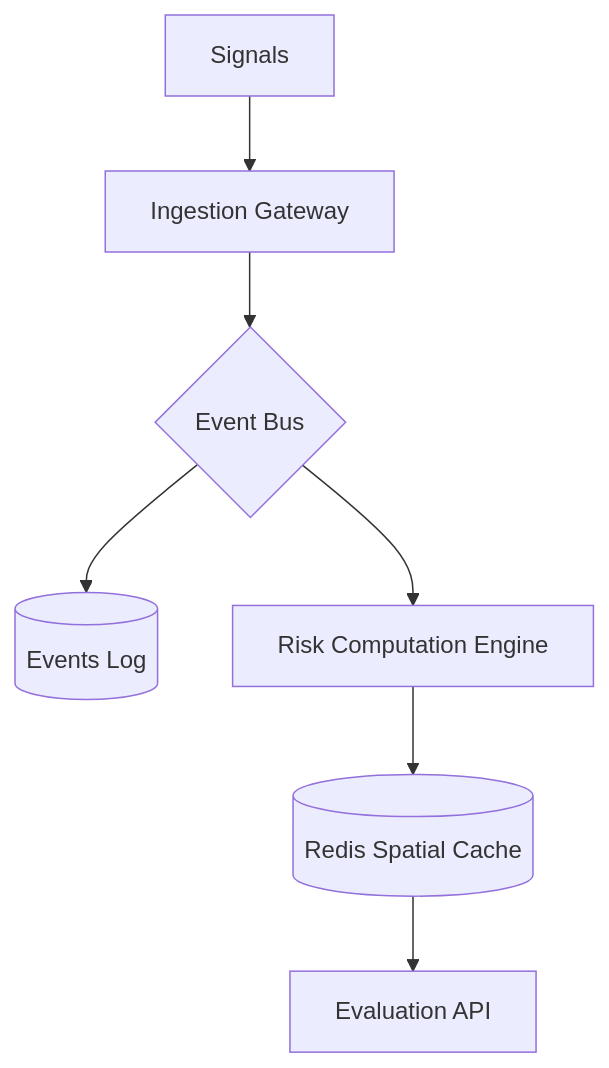
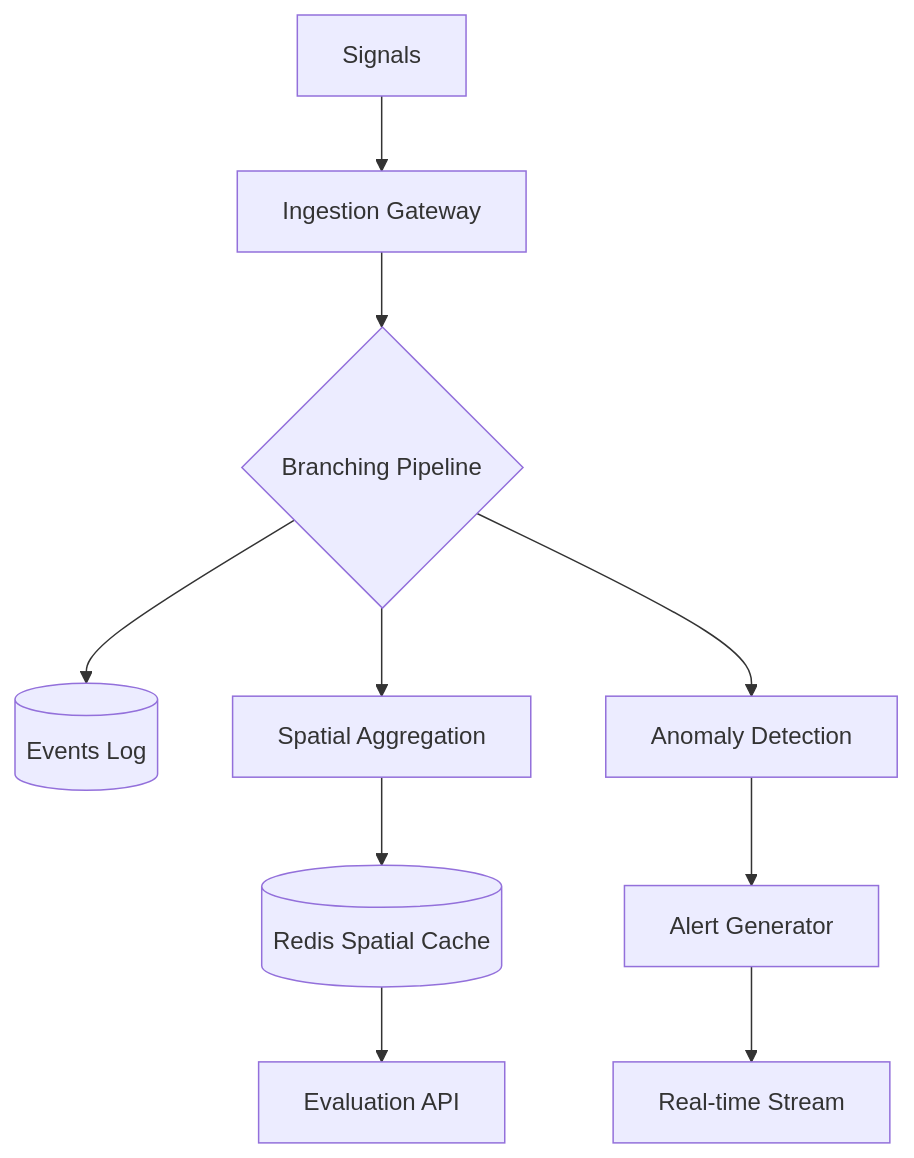
One commit to fallofpheonix/UDIE changed the diagram in docs/architecture/ARCHITECTURE.md. Above: the diagram before and after it, drawn with Mermaid. The commit also changed 4 other files, not shown here.

````diff
--- a/docs/architecture/ARCHITECTURE.md
+++ b/docs/architecture/ARCHITECTURE.md
@@ -30,9 +30,12 @@
 ```mermaid
 graph TD
     Signals[Signals] --> Ingestion[Ingestion Gateway]
-    Ingestion --> Bus{Event Bus}
+    Ingestion --> Bus{Branching Pipeline}
     Bus --> Log[(Events Log)]
-    Bus --> Engine[Risk Computation Engine]
-    Engine --> Cache[(Redis Spatial Cache)]
+    Bus --> Agg[Spatial Aggregation]
+    Bus --> Anomaly[Anomaly Detection]
+    Agg --> Cache[(Redis Spatial Cache)]
+    Anomaly --> Alerts[Alert Generator]
+    Alerts --> WS[Real-time Stream]
     Cache --> API[Evaluation API]
 ```
````
